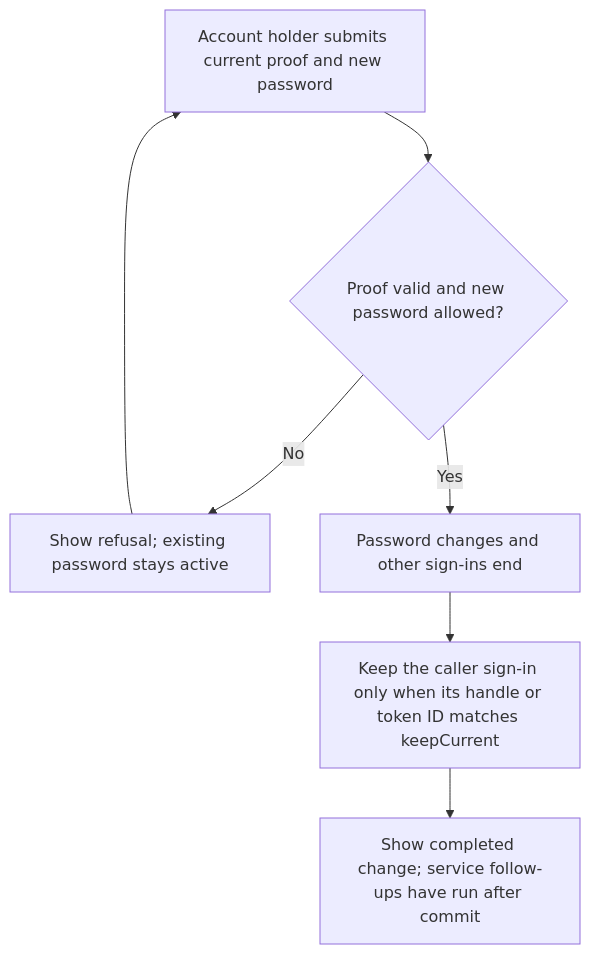
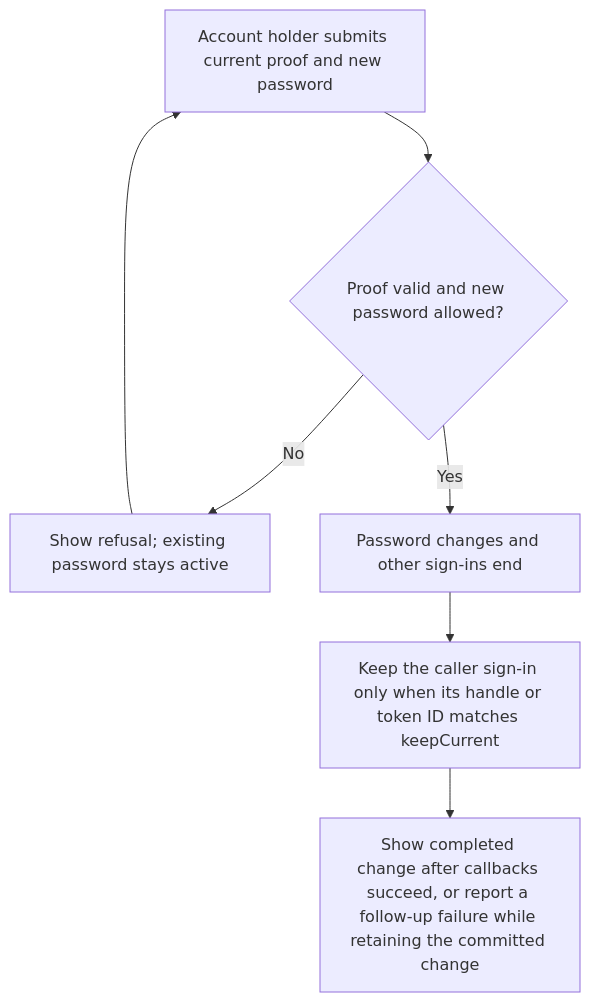
The first of 2 diagrams in user-stories/US-ACCOUNT-05-change-password.md (Kevinjohn/oss-adonisjs-account-kit), drawn with Mermaid before and after one commit. The commit also changed 17 other files, not shown here.

````diff
--- a/user-stories/US-ACCOUNT-05-change-password.md
+++ b/user-stories/US-ACCOUNT-05-change-password.md
@@ -20,9 +20,9 @@
 ```mermaid
 flowchart TD
     A["Account holder submits current proof and new password"] --> B{"Proof valid and new password allowed?"}
     B -->|No| C["Show refusal; existing password stays active"]
     C --> A
     B -->|Yes| D["Password changes and other sign-ins end"]
     D --> E["Keep the caller sign-in only when its handle or token ID matches keepCurrent"]
-    E --> F["Show completed change; service follow-ups have run after commit"]
+    E --> F["Show completed change after callbacks succeed, or report a follow-up failure while retaining the committed change"]
 ```
````
